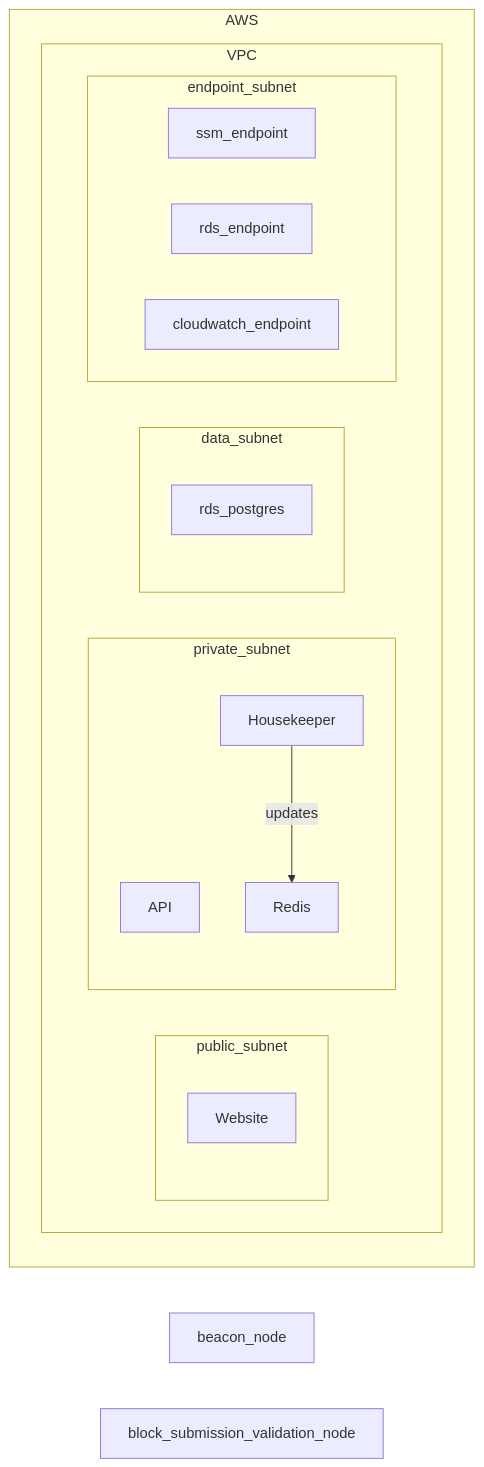
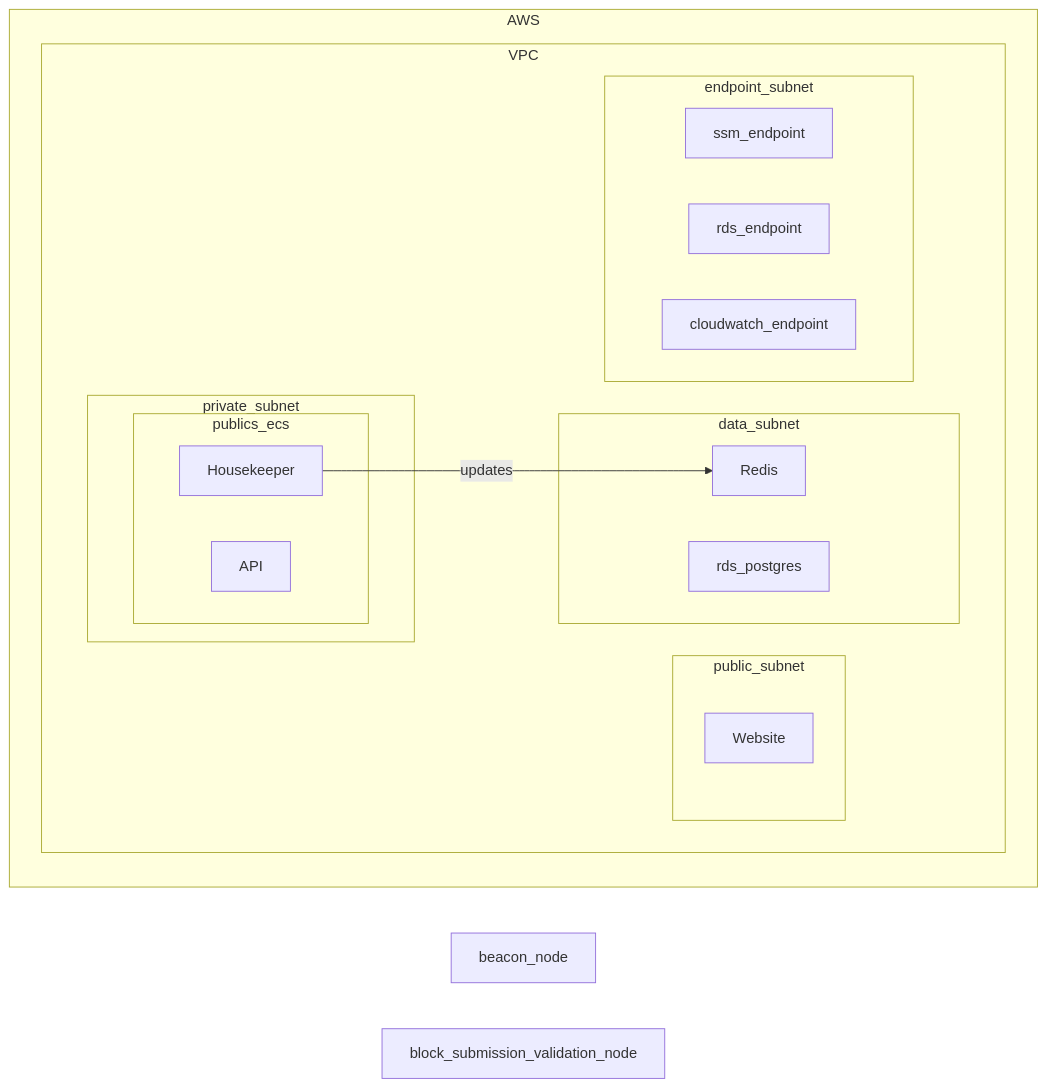
One commit to JonDuffy/mev-boost-relay changed the diagram in infra/README.md. Above: the diagram before and after it, drawn with Mermaid. The commit also changed other lines of this file and 12 other files, not shown here.

````diff
--- a/infra/README.md
+++ b/infra/README.md
@@ -58,48 +58,51 @@
 ```mermaid
 
 flowchart LR
 
     subgraph AWS
 
         subgraph VPC
 
             subgraph public_subnet
 
                 Website
 
             end
 
             subgraph private_subnet
 
-                API
+                subgraph publics_ecs
 
-                Redis
+                    API
 
-                Housekeeper
+                    Housekeeper
+                end
 
             end
 
             subgraph data_subnet
 
                 rds_postgres
+
+                Redis
 
             end
 
             subgraph endpoint_subnet
 
                 ssm_endpoint
                 rds_endpoint
                 cloudwatch_endpoint
 
             end
         end    
 
     end 
     
     beacon_node
 
     block_submission_validation_node
     
     Housekeeper --  updates --> Redis
 
 ```
````
